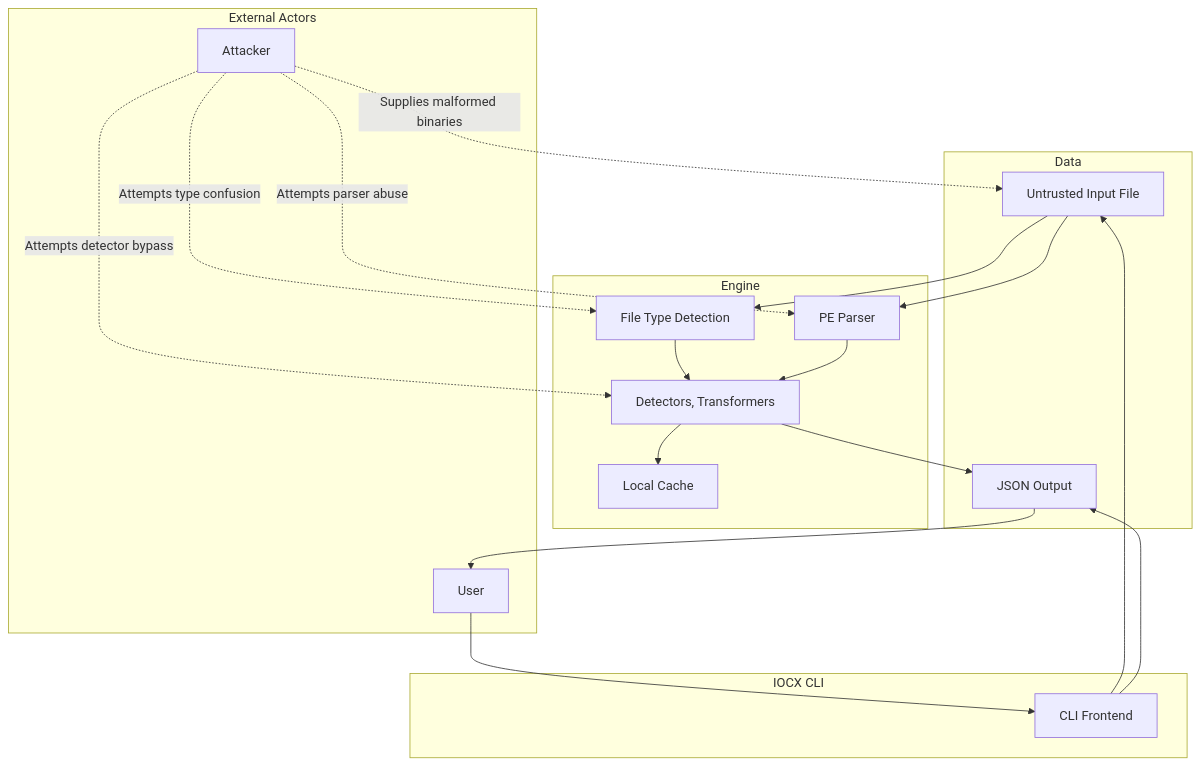
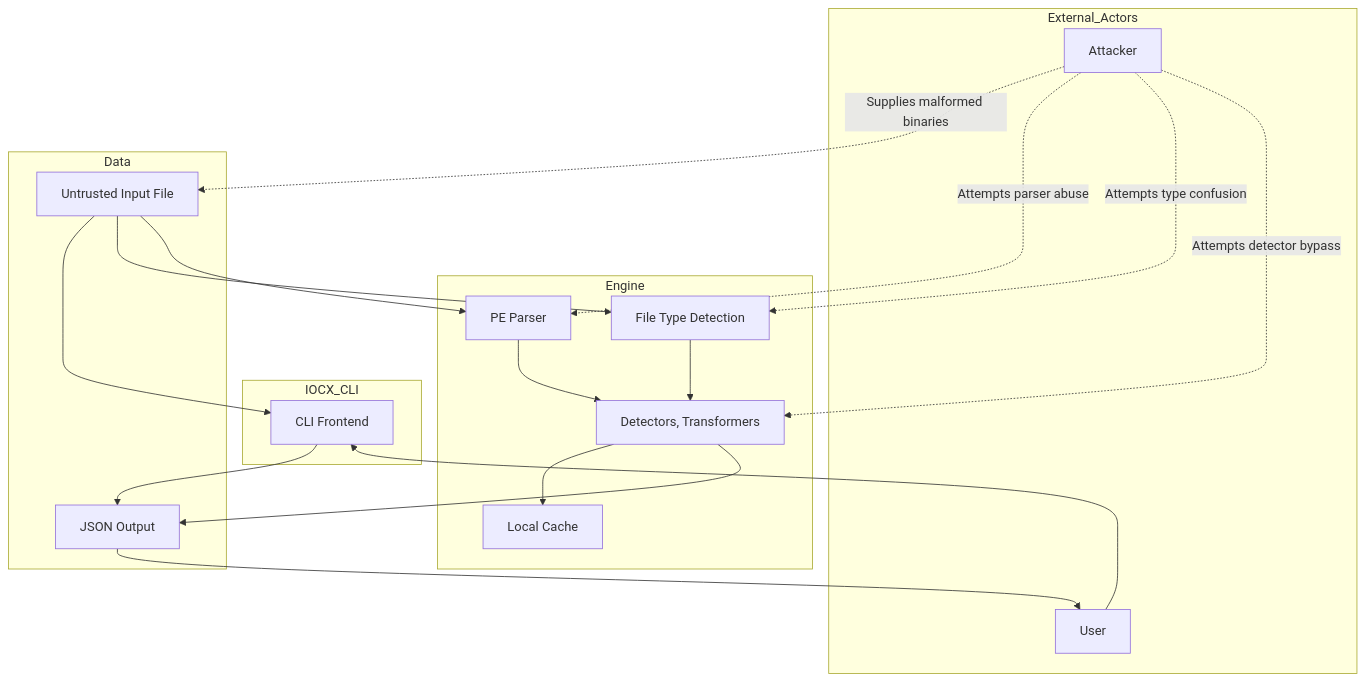
The second of 2 diagrams in docs/security/threat-model.md (iocx-dev/iocx), drawn with Mermaid before and after one commit.

Commit message:
Fix data flow direction error in STRIDE diagram

````diff
--- a/docs/security/threat-model.md
+++ b/docs/security/threat-model.md
@@ -65,42 +65,42 @@
 ```mermaid
 flowchart TD
 
-    subgraph External Actors
+    subgraph External_Actors
         A[Attacker]
         U[User]
     end
 
-    subgraph IOCX CLI
+    subgraph IOCX_CLI
         CLI[CLI Frontend]
     end
 
     subgraph Engine
         DET[Detectors, Transformers]
         PE[PE Parser]
         MAGIC[File Type Detection]
         CACHE[Local Cache]
     end
 
     subgraph Data
         F[Untrusted Input File]
         O[JSON Output]
     end
 
     %% Data Flows
     U --> CLI
-    CLI --> F
+    F --> CLI
     F --> MAGIC
     F --> PE
     MAGIC --> DET
     PE --> DET
     DET --> CACHE
     DET --> O
     CLI --> O
     O --> U
 
     %% Threats
     A -. Supplies malformed binaries .-> F
     A -. Attempts parser abuse .-> PE
     A -. Attempts type confusion .-> MAGIC
     A -. Attempts detector bypass .-> DET
 ```
````
